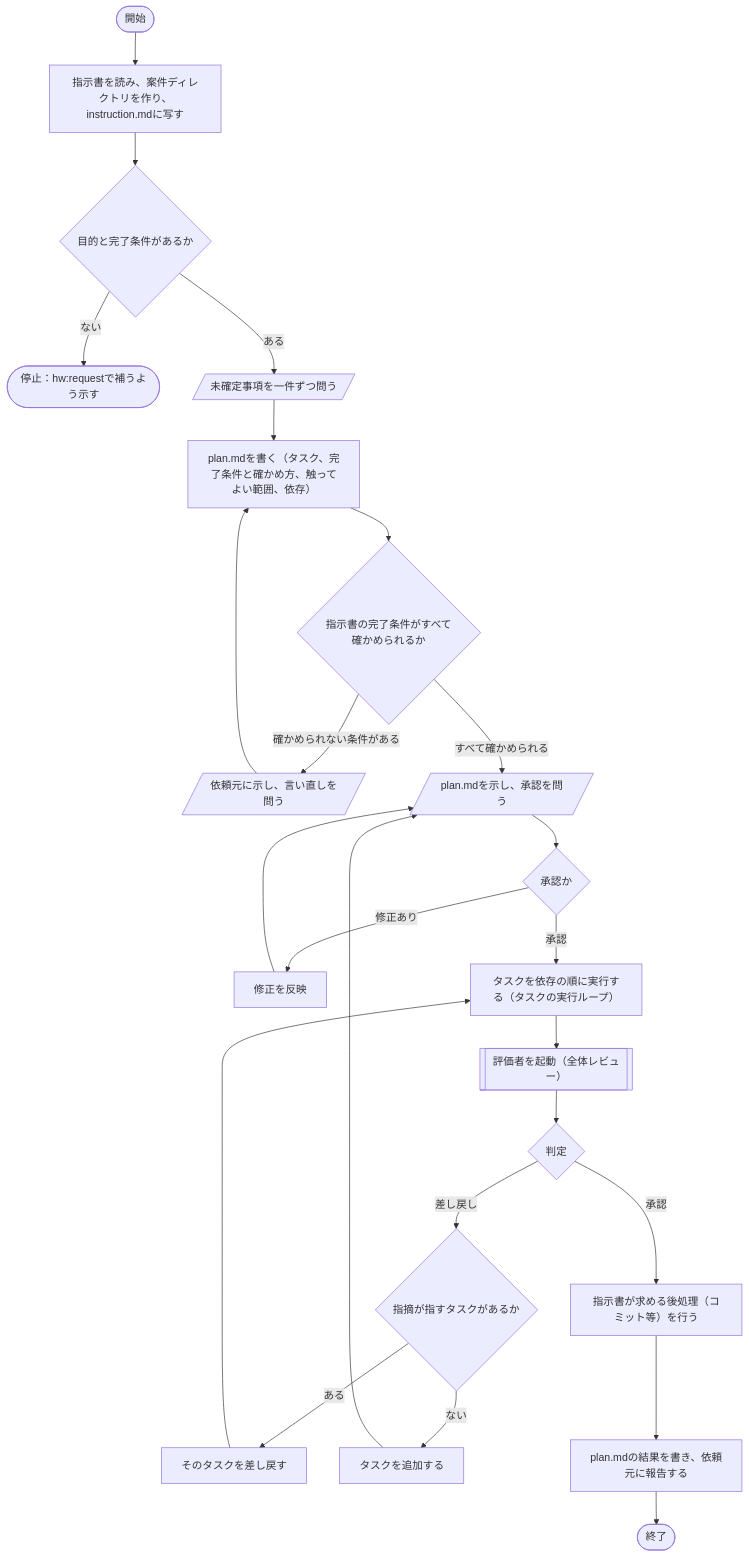
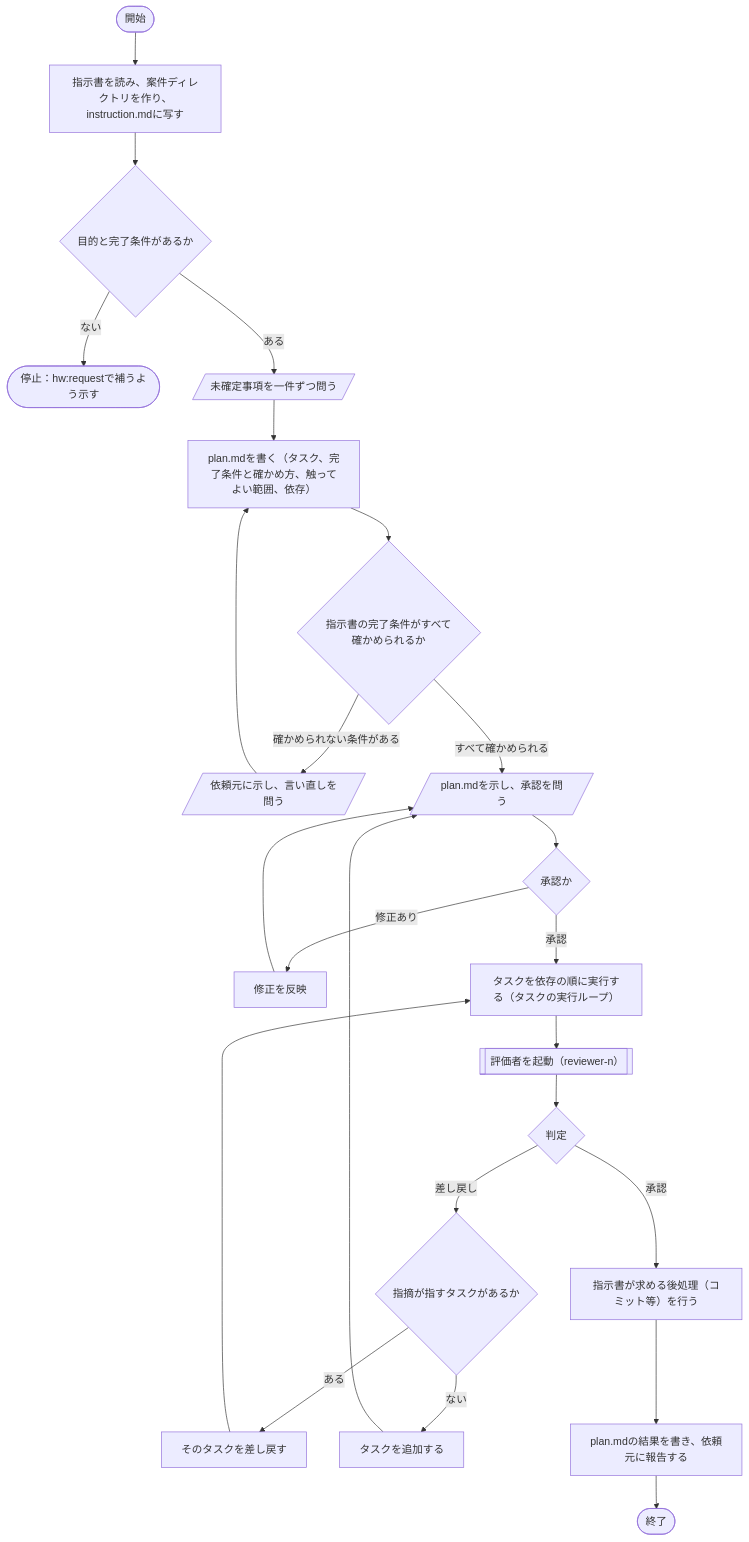
The first of 2 diagrams in docs/design/skills/execute.md (bizhermit/hermit-works), drawn with Mermaid before and after one commit. The commit also changed other lines of this file and 14 other files, not shown here.

````diff
--- a/docs/design/skills/execute.md
+++ b/docs/design/skills/execute.md
@@ -16,26 +17,26 @@
 ```mermaid
 flowchart TD
     S([開始]) --> A1["指示書を読み、案件ディレクトリを作り、instruction.mdに写す"]
     A1 --> A2{"目的と完了条件があるか"}
     A2 -- ない --> X1(["停止：hw:requestで補うよう示す"])
     A2 -- ある --> B1[/"未確定事項を一件ずつ問う"/]
     B1 --> C1["plan.mdを書く（タスク、完了条件と確かめ方、触ってよい範囲、依存）"]
     C1 --> C2{"指示書の完了条件がすべて確かめられるか"}
     C2 -- 確かめられない条件がある --> C3[/"依頼元に示し、言い直しを問う"/]
     C3 --> C1
     C2 -- すべて確かめられる --> D1[/"plan.mdを示し、承認を問う"/]
     D1 --> D2{"承認か"}
     D2 -- 修正あり --> D3["修正を反映"]
     D3 --> D1
     D2 -- 承認 --> E1["タスクを依存の順に実行する（タスクの実行ループ）"]
-    E1 --> F1[["評価者を起動（全体レビュー）"]]
+    E1 --> F1[["評価者を起動（reviewer-n）"]]
     F1 --> F2{"判定"}
     F2 -- 差し戻し --> F3{"指摘が指すタスクがあるか"}
     F3 -- ある --> F4["そのタスクを差し戻す"]
     F4 --> E1
     F3 -- ない --> F5["タスクを追加する"]
     F5 --> D1
     F2 -- 承認 --> G1["指示書が求める後処理（コミット等）を行う"]
     G1 --> G2["plan.mdの結果を書き、依頼元に報告する"]
     G2 --> T([終了])
 ```
````
